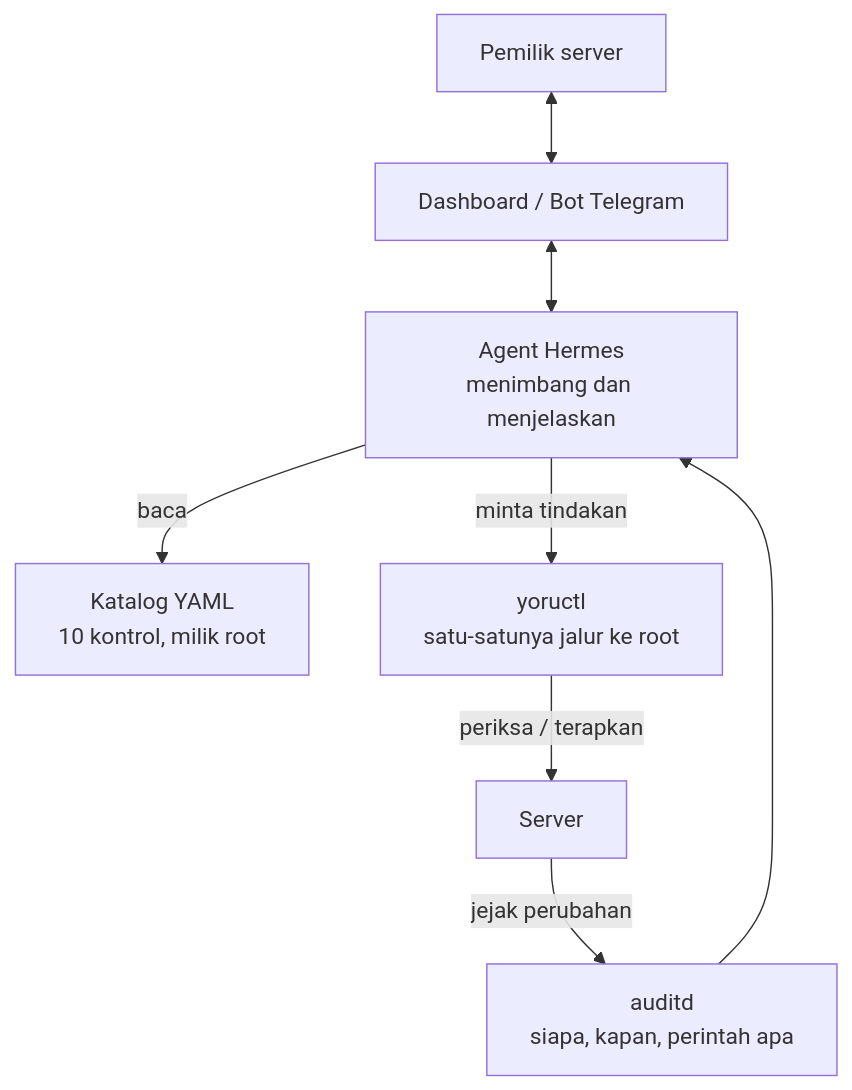
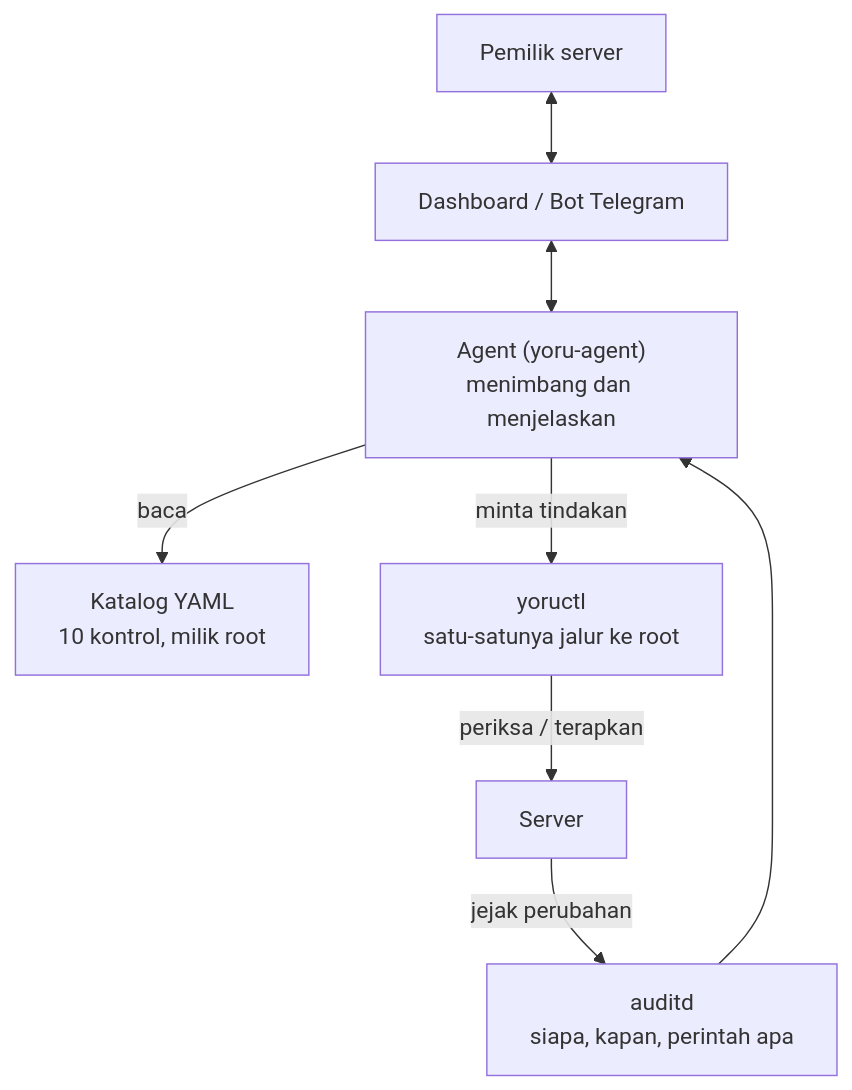
The diagram in README.md (Godzilla129/yoruAgent), drawn with Mermaid before and after one commit. The commit also changed other lines of this file and 4 other files, not shown here.

````diff
--- a/README.md
+++ b/README.md
@@ -24,10 +24,10 @@
 ```mermaid
 flowchart TD
     P["Pemilik server"] <--> UI["Dashboard / Bot Telegram"]
-    UI <--> A["Agent Hermes<br/>menimbang dan menjelaskan"]
+    UI <--> A["Agent (yoru-agent)<br/>menimbang dan menjelaskan"]
     A -- baca --> K["Katalog YAML<br/>10 kontrol, milik root"]
     A -- minta tindakan --> D["yoructl<br/>satu-satunya jalur ke root"]
     D -- periksa / terapkan --> S["Server"]
     S -- jejak perubahan --> AU["auditd<br/>siapa, kapan, perintah apa"]
     AU --> A
 ```
````
